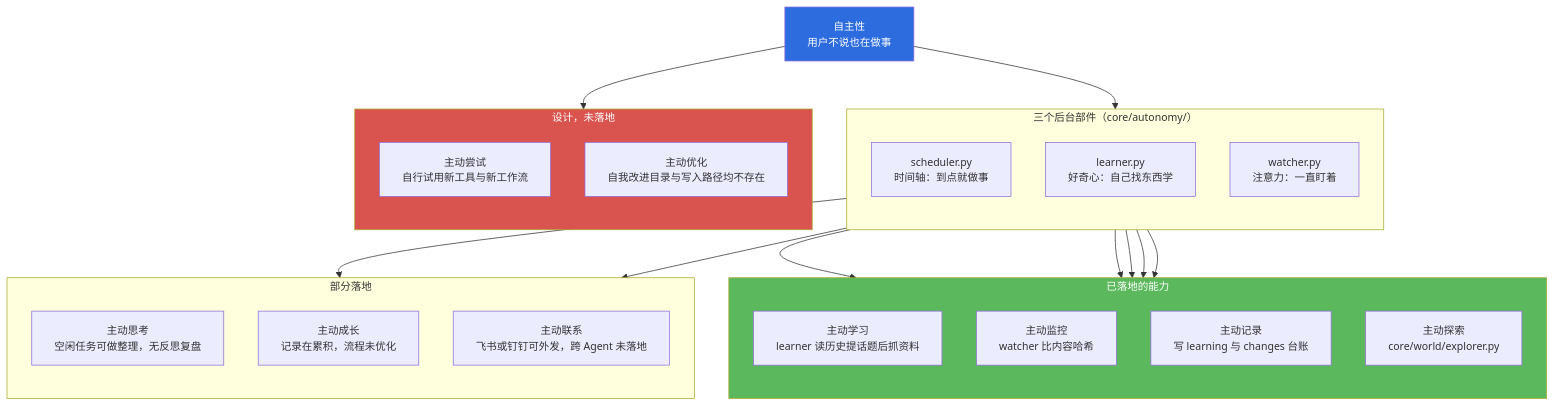
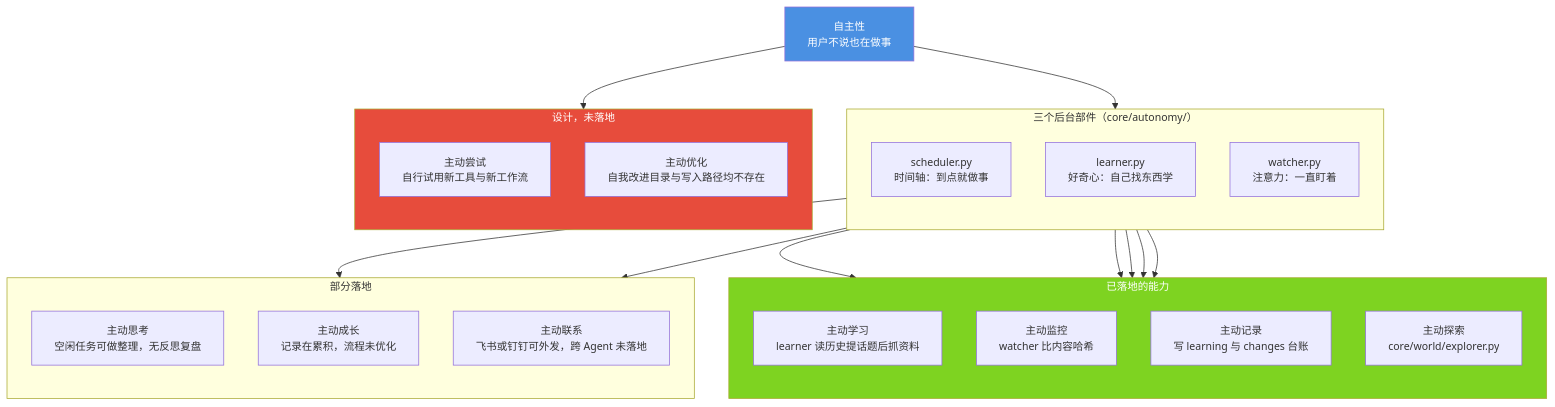
The first of 4 diagrams in docs/modules/05-autonomy.md (jiangchuangege/xiaojiao-harnees), drawn with Mermaid before and after one commit. The commit also changed other lines of this file and 32 other files, not shown here.

Commit message:
统一：全仓原理图配色到一套调色板 + 给 12 张灰图补色 + 修正自己会睡那张过期图

````diff
--- a/docs/modules/05-autonomy.md
+++ b/docs/modules/05-autonomy.md
@@ -170,47 +170,47 @@
 ```mermaid
 %%{init: {"themeVariables": {"fontSize": "14px"}, "flowchart": {"htmlLabels": true, "wrappingWidth": 340, "nodeSpacing": 46, "rankSpacing": 64, "useMaxWidth": true}}}%%
 flowchart TB
     ROOT["自主性<br/>用户不说也在做事"]
 
     subgraph PARTS["三个后台部件（core/autonomy/）"]
         direction TB
         S["scheduler.py<br/>时间轴：到点就做事"]
         L["learner.py<br/>好奇心：自己找东西学"]
         W["watcher.py<br/>注意力：一直盯着"]
     end
 
     subgraph DONE["已落地的能力"]
         direction TB
         D1["主动学习<br/>learner 读历史提话题后抓资料"]
         D2["主动监控<br/>watcher 比内容哈希"]
         D3["主动记录<br/>写 learning 与 changes 台账"]
         D4["主动探索<br/>core/world/explorer.py"]
     end
 
     subgraph PART["部分落地"]
         direction TB
         P1["主动思考<br/>空闲任务可做整理，无反思复盘"]
         P2["主动成长<br/>记录在累积，流程未优化"]
         P3["主动联系<br/>飞书或钉钉可外发，跨 Agent 未落地"]
     end
 
     subgraph NOPE["设计，未落地"]
         direction TB
         N1["主动尝试<br/>自行试用新工具与新工作流"]
         N2["主动优化<br/>自我改进目录与写入路径均不存在"]
     end
 
     ROOT --> PARTS
     PARTS --> DONE
     PARTS --> PART
     ROOT --> NOPE
     S --> P1
     L --> D1
     L --> D3
     W --> D2
     W --> D3
 
-    style ROOT fill:#2d6cdf,color:#fff
-    style DONE fill:#5cb85c,color:#fff
-    style NOPE fill:#d9534f,color:#fff
+    style ROOT fill:#4A90E2,color:#fff
+    style DONE fill:#7ED321,color:#fff
+    style NOPE fill:#E74C3C,color:#fff
 ```
````
